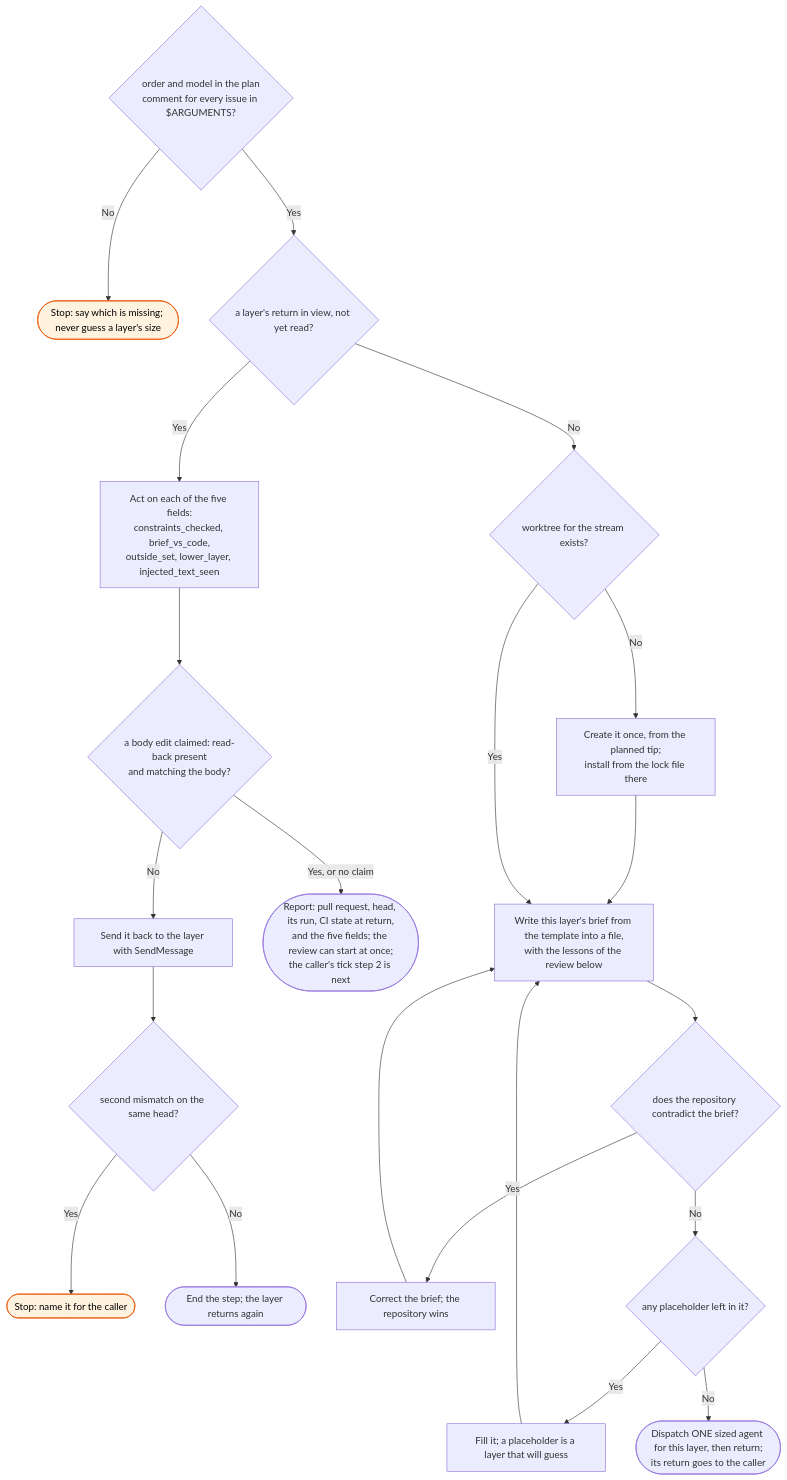
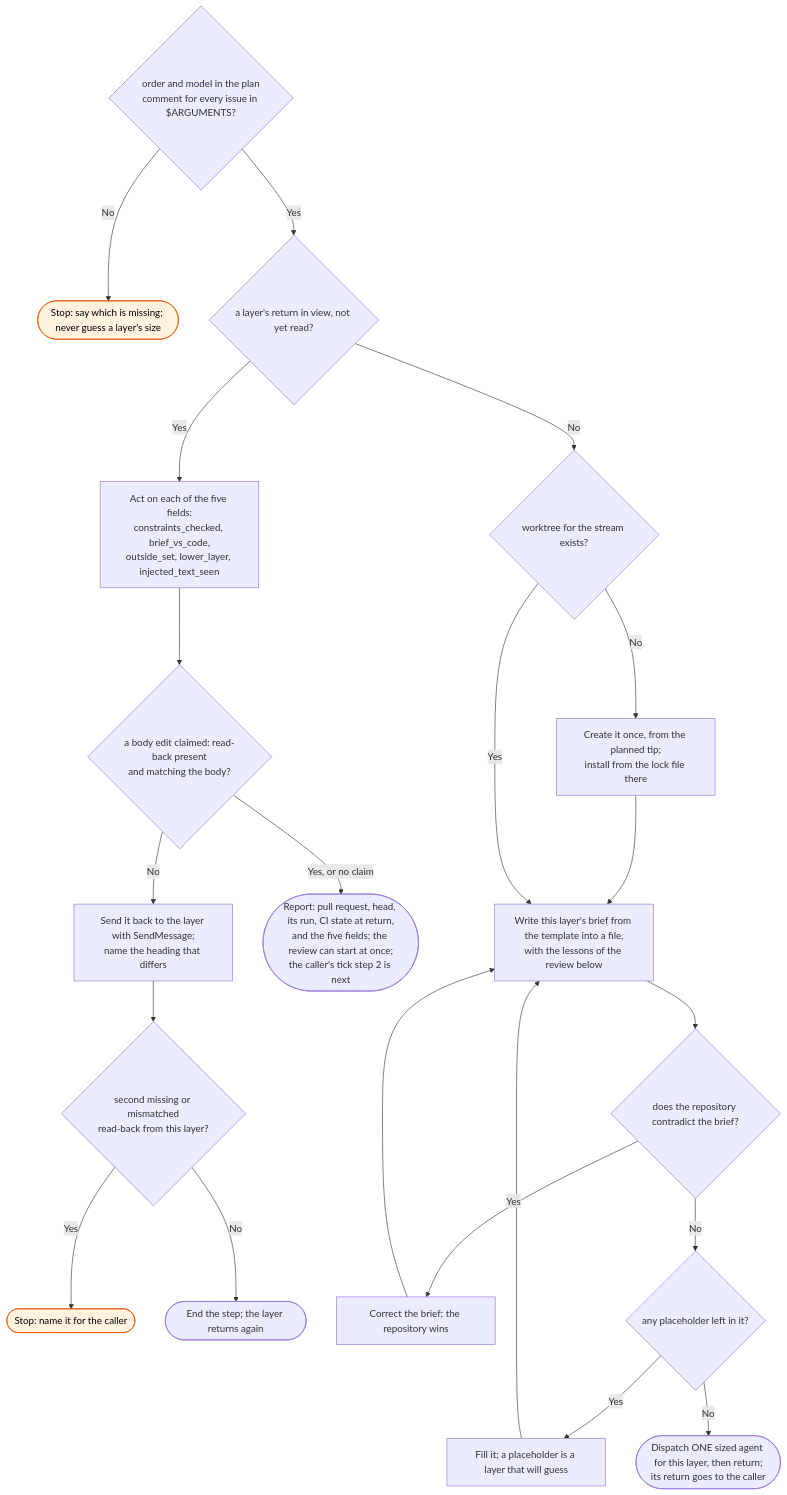
Before and after one commit to bje-settings/claude: the diagram in docs/flows/workstreams/stream/_skill-flow.md, drawn with Mermaid. The commit also changed 5 other files, not shown here.

Commit message:
fix(workstreams): bound the read-back send-back per layer, and shorten new prose

````diff
--- a/docs/flows/workstreams/stream/_skill-flow.md
+++ b/docs/flows/workstreams/stream/_skill-flow.md
@@ -15,24 +15,24 @@
 ```mermaid
 flowchart TD
     C{order and model in the plan<br/>comment for every issue in $ARGUMENTS?}
     C -->|No| C1([Stop: say which is missing; never guess a layer's size]):::stop
     C -->|Yes| R{a layer's return in view, not yet read?}
 
     R -->|Yes| S[Act on each of the five fields:<br/>constraints_checked, brief_vs_code,<br/>outside_set, lower_layer, injected_text_seen]
     S --> S0{a body edit claimed: read-back present<br/>and matching the body?}
-    S0 -->|No| S2[Send it back to the layer with SendMessage] --> S3{second mismatch on the same head?}
+    S0 -->|No| S2[Send it back to the layer with SendMessage;<br/>name the heading that differs] --> S3{second missing or mismatched<br/>read-back from this layer?}
     S3 -->|Yes| S4([Stop: name it for the caller]):::stop
     S3 -->|No| X1([End the step; the layer returns again])
     S0 -->|Yes, or no claim| S1([Report: pull request, head, its run, CI state at return,<br/>and the five fields; the review can start at once;<br/>the caller's tick step 2 is next])
 
     R -->|No| D{worktree for the stream exists?}
     D -->|No| D1[Create it once, from the planned tip;<br/>install from the lock file there] --> E
     D -->|Yes| E[Write this layer's brief from the template into a file,<br/>with the lessons of the review below]
     E --> F{does the repository contradict the brief?}
     F -->|Yes| F1[Correct the brief; the repository wins] --> E
     F -->|No| G{any placeholder left in it?}
     G -->|Yes| G1[Fill it; a placeholder is a layer that will guess] --> E
     G -->|No| H([Dispatch ONE sized agent for this layer, then return;<br/>its return goes to the caller])
 
     classDef stop fill:#fff3e0,stroke:#e65100,color:#000
 ```
````
